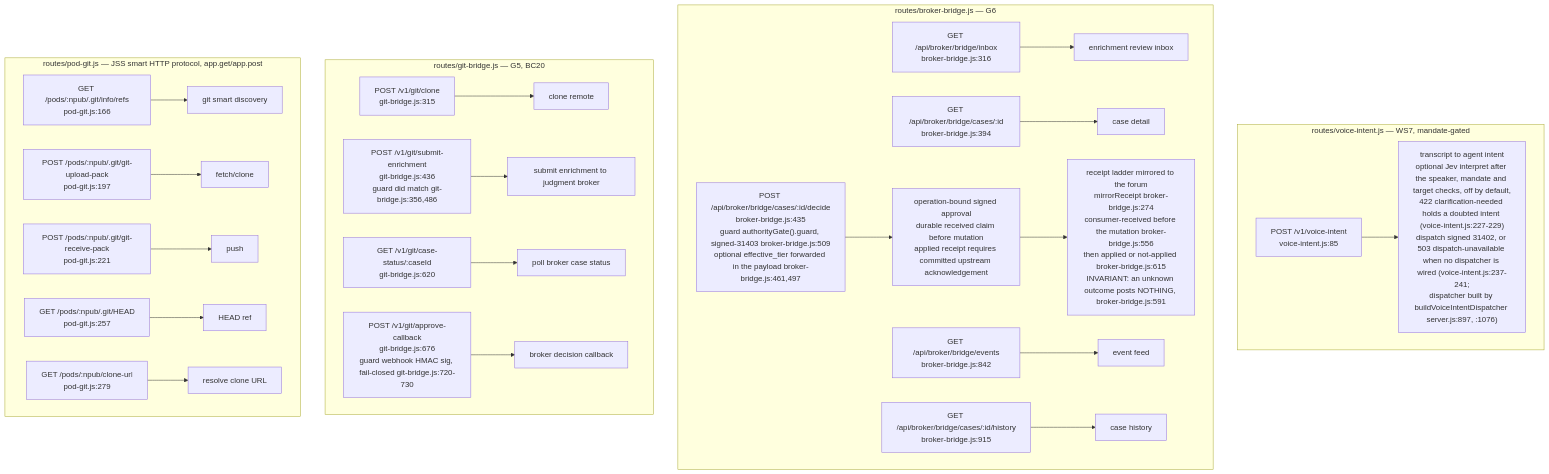
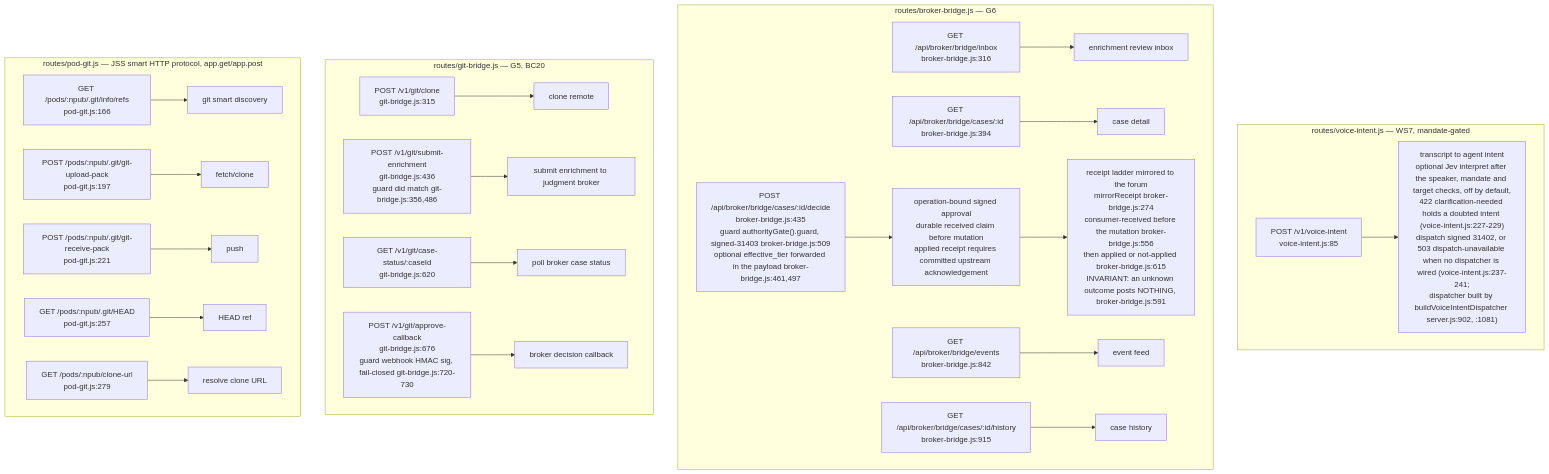
Diagram 11 of 19 in docs/diagrams/agentbox/03-management-api-request-lifecycle.md (DreamLab-AI/VisionFlow), drawn with Mermaid before and after one commit. The commit also changed other lines of this file and 18 other files, not shown here.

First line of the commit message:
docs(diagrams): freeze panels for fixed defects and add successors at the fix revisions

````diff
--- a/docs/diagrams/agentbox/03-management-api-request-lifecycle.md
+++ b/docs/diagrams/agentbox/03-management-api-request-lifecycle.md
@@ -459,27 +463,27 @@
 ```mermaid
 flowchart TD
     subgraph vi["routes/voice-intent.js — WS7, mandate-gated"]
-        VI1["POST /v1/voice-intent<br/>voice-intent.js:85"] --> VIH1["transcript to agent intent<br/>optional Jev interpret after the speaker, mandate and target checks, off by default,<br/>422 clarification-needed holds a doubted intent (voice-intent.js:227-229)<br/>dispatch signed 31402, or 503 dispatch-unavailable when no dispatcher is wired (voice-intent.js:237-241;<br/>dispatcher built by buildVoiceIntentDispatcher server.js:897, :1076)"]
+        VI1["POST /v1/voice-intent<br/>voice-intent.js:85"] --> VIH1["transcript to agent intent<br/>optional Jev interpret after the speaker, mandate and target checks, off by default,<br/>422 clarification-needed holds a doubted intent (voice-intent.js:227-229)<br/>dispatch signed 31402, or 503 dispatch-unavailable when no dispatcher is wired (voice-intent.js:237-241;<br/>dispatcher built by buildVoiceIntentDispatcher server.js:902, :1081)"]
     end
     subgraph bb["routes/broker-bridge.js — G6"]
         BB1["GET /api/broker/bridge/inbox<br/>broker-bridge.js:316"] --> BBH1["enrichment review inbox"]
         BB2["GET /api/broker/bridge/cases/:id<br/>broker-bridge.js:394"] --> BBH2["case detail"]
         BB3["POST /api/broker/bridge/cases/:id/decide<br/>broker-bridge.js:435<br/>guard authorityGate().guard, signed-31403 broker-bridge.js:509<br/>optional effective_tier forwarded in the payload broker-bridge.js:461,497"] --> BBH3["operation-bound signed approval<br/>durable received claim before mutation<br/>applied receipt requires committed upstream acknowledgement"]
         BBH3 --> BBH3B["receipt ladder mirrored to the forum<br/>mirrorReceipt broker-bridge.js:274<br/>consumer-received before the mutation broker-bridge.js:556<br/>then applied or not-applied broker-bridge.js:615<br/>INVARIANT: an unknown outcome posts NOTHING, broker-bridge.js:591"]
         BB4["GET /api/broker/bridge/events<br/>broker-bridge.js:842"] --> BBH4["event feed"]
         BB5["GET /api/broker/bridge/cases/:id/history<br/>broker-bridge.js:915"] --> BBH5["case history"]
     end
     subgraph gb["routes/git-bridge.js — G5, BC20"]
         GB1["POST /v1/git/clone<br/>git-bridge.js:315"] --> GBH1["clone remote"]
         GB2["POST /v1/git/submit-enrichment<br/>git-bridge.js:436<br/>guard did match git-bridge.js:356,486"] --> GBH2["submit enrichment to judgment broker"]
         GB3["GET /v1/git/case-status/:caseId<br/>git-bridge.js:620"] --> GBH3["poll broker case status"]
         GB4["POST /v1/git/approve-callback<br/>git-bridge.js:676<br/>guard webhook HMAC sig, fail-closed git-bridge.js:720-730"] --> GBH4["broker decision callback"]
     end
     subgraph pg["routes/pod-git.js — JSS smart HTTP protocol, app.get/app.post"]
         PG1["GET /pods/:npub/.git/info/refs<br/>pod-git.js:166"] --> PGH1["git smart discovery"]
         PG2["POST /pods/:npub/.git/git-upload-pack<br/>pod-git.js:197"] --> PGH2["fetch/clone"]
         PG3["POST /pods/:npub/.git/git-receive-pack<br/>pod-git.js:221"] --> PGH3["push"]
         PG4["GET /pods/:npub/.git/HEAD<br/>pod-git.js:257"] --> PGH4["HEAD ref"]
         PG5["GET /pods/:npub/clone-url<br/>pod-git.js:279"] --> PGH5["resolve clone URL"]
     end
 ```
````
